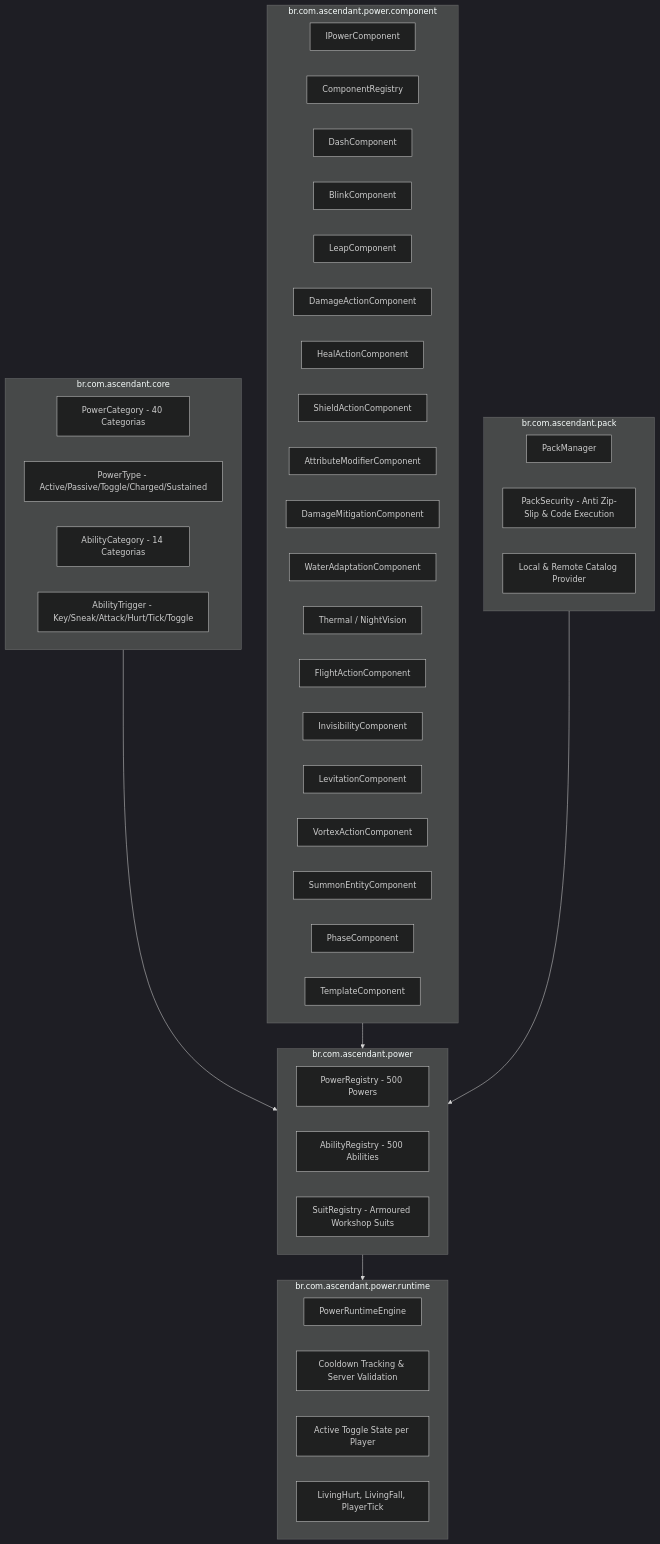
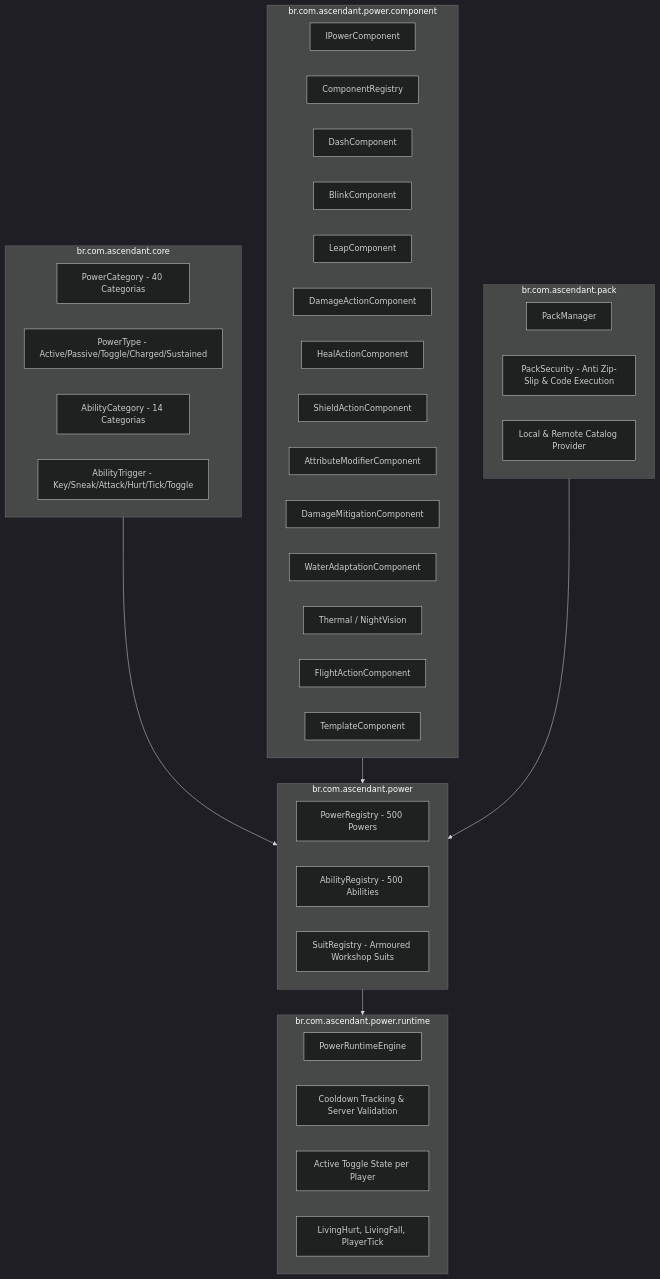
One commit to srkaiohshin-droid/Ascendent changed the diagram in docs/DEVELOPMENT_STATUS.md. Above: the diagram before and after it, drawn with Mermaid (dark theme). The commit also changed other lines of this file and 48 other files, not shown here.

````diff
--- a/docs/DEVELOPMENT_STATUS.md
+++ b/docs/DEVELOPMENT_STATUS.md
@@ -14,55 +14,50 @@
 ```mermaid
 flowchart TD
     subgraph Core [br.com.ascendant.core]
         PC[PowerCategory - 40 Categorias]
         PT[PowerType - Active/Passive/Toggle/Charged/Sustained]
         AC[AbilityCategory - 14 Categorias]
         AT[AbilityTrigger - Key/Sneak/Attack/Hurt/Tick/Toggle]
     end
 
     subgraph Component_System [br.com.ascendant.power.component]
         IPC[IPowerComponent]
         CR[ComponentRegistry]
         Dash[DashComponent]
         Blink[BlinkComponent]
         Leap[LeapComponent]
         Dmg[DamageActionComponent]
         Heal[HealActionComponent]
         Shield[ShieldActionComponent]
         Attr[AttributeModifierComponent]
         Mit[DamageMitigationComponent]
         Water[WaterAdaptationComponent]
         Vision[Thermal / NightVision]
         FlightComp[FlightActionComponent]
-        Invis[InvisibilityComponent]
-        Levitation[LevitationComponent]
-        Vortex[VortexActionComponent]
-        Summon[SummonEntityComponent]
-        Phase[PhaseComponent]
         Templ[TemplateComponent]
     end
 
     subgraph Registries [br.com.ascendant.power]
         PR[PowerRegistry - 500 Powers]
         AR[AbilityRegistry - 500 Abilities]
         SR[SuitRegistry - Armoured Workshop Suits]
     end
 
     subgraph Runtime_Engine [br.com.ascendant.power.runtime]
         PRE[PowerRuntimeEngine]
         Cooldowns[Cooldown Tracking & Server Validation]
         Toggles[Active Toggle State per Player]
         EventHooks[LivingHurt, LivingFall, PlayerTick]
     end
 
     subgraph Packs [br.com.ascendant.pack]
         PM[PackManager]
         PS[PackSecurity - Anti Zip-Slip & Code Execution]
         Catalog[Local & Remote Catalog Provider]
     end
 
     Core --> Registries
     Component_System --> Registries
     Registries --> Runtime_Engine
     Packs --> Registries
 ```
````
